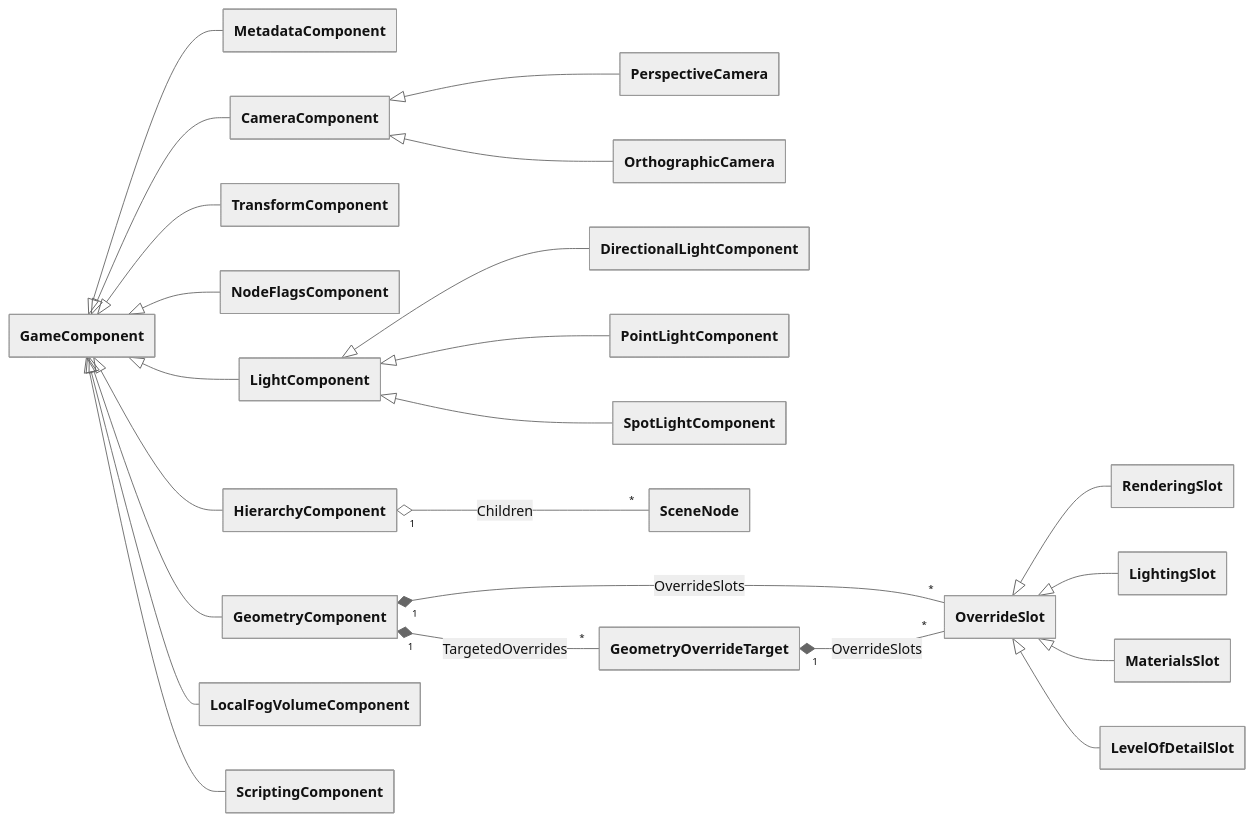
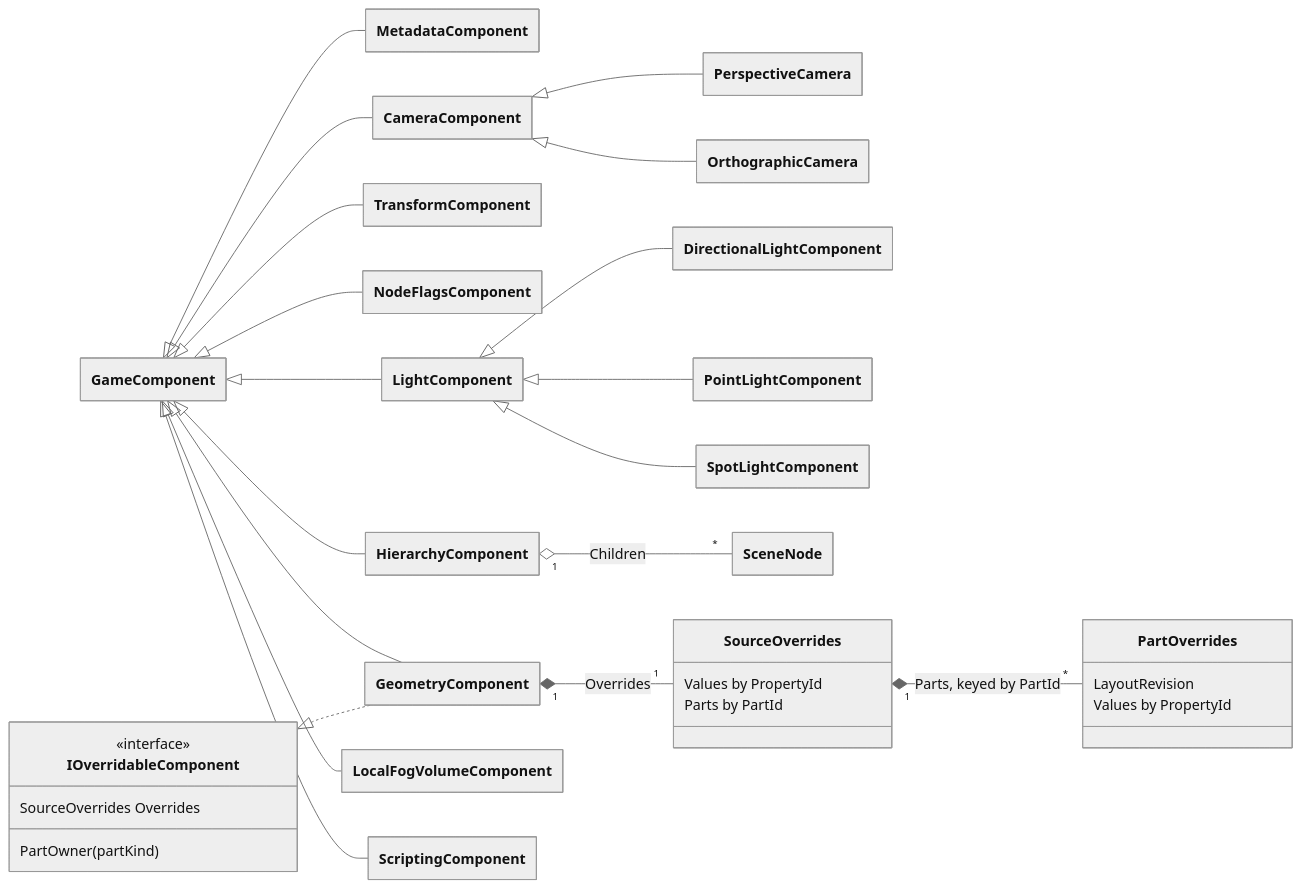
One commit to abdes/DroidNet changed the third of 6 diagrams in projects/Oxygen.Editor.World/README.md. Above: the diagram before and after it, drawn with Mermaid (neutral theme). The commit also changed other lines of this file and 203 other files, not shown here.

````diff
--- a/projects/Oxygen.Editor.World/README.md
+++ b/projects/Oxygen.Editor.World/README.md
@@ -113,33 +108,43 @@
 ```mermaid
 ---
 config:
   class:
     hideEmptyMembersBox: true
 ---
 classDiagram
     direction LR
 
     GameComponent <|-- MetadataComponent
     GameComponent <|-- HierarchyComponent
     GameComponent <|-- TransformComponent
     GameComponent <|-- NodeFlagsComponent
     GameComponent <|-- GeometryComponent
     GameComponent <|-- CameraComponent
     GameComponent <|-- LightComponent
     GameComponent <|-- LocalFogVolumeComponent
     GameComponent <|-- ScriptingComponent
     CameraComponent <|-- PerspectiveCamera
     CameraComponent <|-- OrthographicCamera
     LightComponent <|-- DirectionalLightComponent
     LightComponent <|-- PointLightComponent
     LightComponent <|-- SpotLightComponent
 
     HierarchyComponent "1" o-- "*" SceneNode : Children
-    GeometryComponent "1" *-- "*" OverrideSlot : OverrideSlots
-    GeometryComponent "1" *-- "*" GeometryOverrideTarget : TargetedOverrides
-    GeometryOverrideTarget "1" *-- "*" OverrideSlot : OverrideSlots
-    OverrideSlot <|-- RenderingSlot
-    OverrideSlot <|-- LightingSlot
-    OverrideSlot <|-- MaterialsSlot
-    OverrideSlot <|-- LevelOfDetailSlot
+    class IOverridableComponent {
+        <<interface>>
+        SourceOverrides Overrides
+        PartOwner(partKind)
+    }
+    class SourceOverrides {
+        Values by PropertyId
+        Parts by PartId
+    }
+    class PartOverrides {
+        LayoutRevision
+        Values by PropertyId
+    }
+
+    IOverridableComponent <|.. GeometryComponent
+    GeometryComponent "1" *-- "1" SourceOverrides : Overrides
+    SourceOverrides "1" *-- "*" PartOverrides : Parts, keyed by PartId
 ```
````
